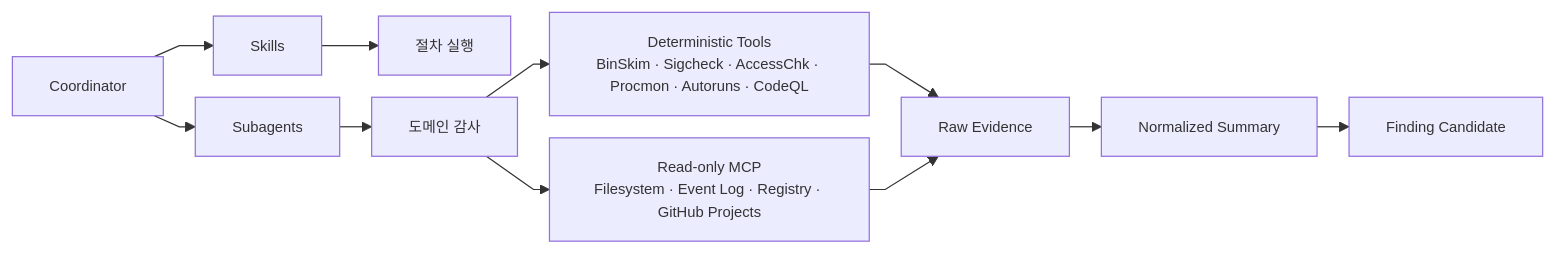
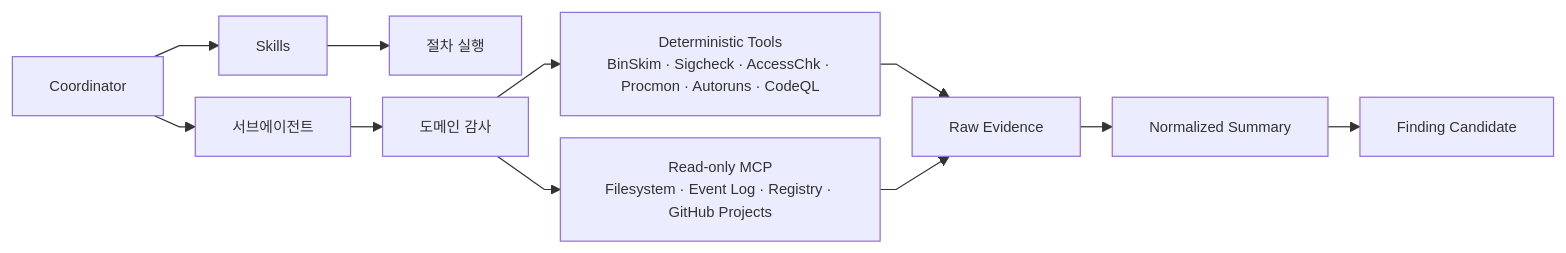
The fifth of 7 diagrams in docs/windows-audit-design/source.md (koalav/present-anyything), drawn with Mermaid before and after one commit. The commit also changed other lines of this file and 26 other files, not shown here.

````diff
--- a/docs/windows-audit-design/source.md
+++ b/docs/windows-audit-design/source.md
@@ -478,14 +478,14 @@
 ```mermaid
 %%{init: {'themeVariables': {'fontSize': '12px'}, 'flowchart': {'nodeSpacing': 18, 'rankSpacing': 26, 'diagramPadding': 6, 'curve': 'linear'}}}%%
 flowchart LR
     A[Coordinator] --> B[Skills]
-    A --> C[Subagents]
+    A --> C[서브에이전트]
     B --> D[절차 실행]
     C --> E[도메인 감사]
     E --> F[Deterministic Tools<br/>BinSkim · Sigcheck · AccessChk · Procmon · Autoruns · CodeQL]
     E --> G[Read-only MCP<br/>Filesystem · Event Log · Registry · GitHub Projects]
     F --> H[Raw Evidence]
     G --> H
     H --> I[Normalized Summary]
     I --> J[Finding Candidate]
 ```
````
